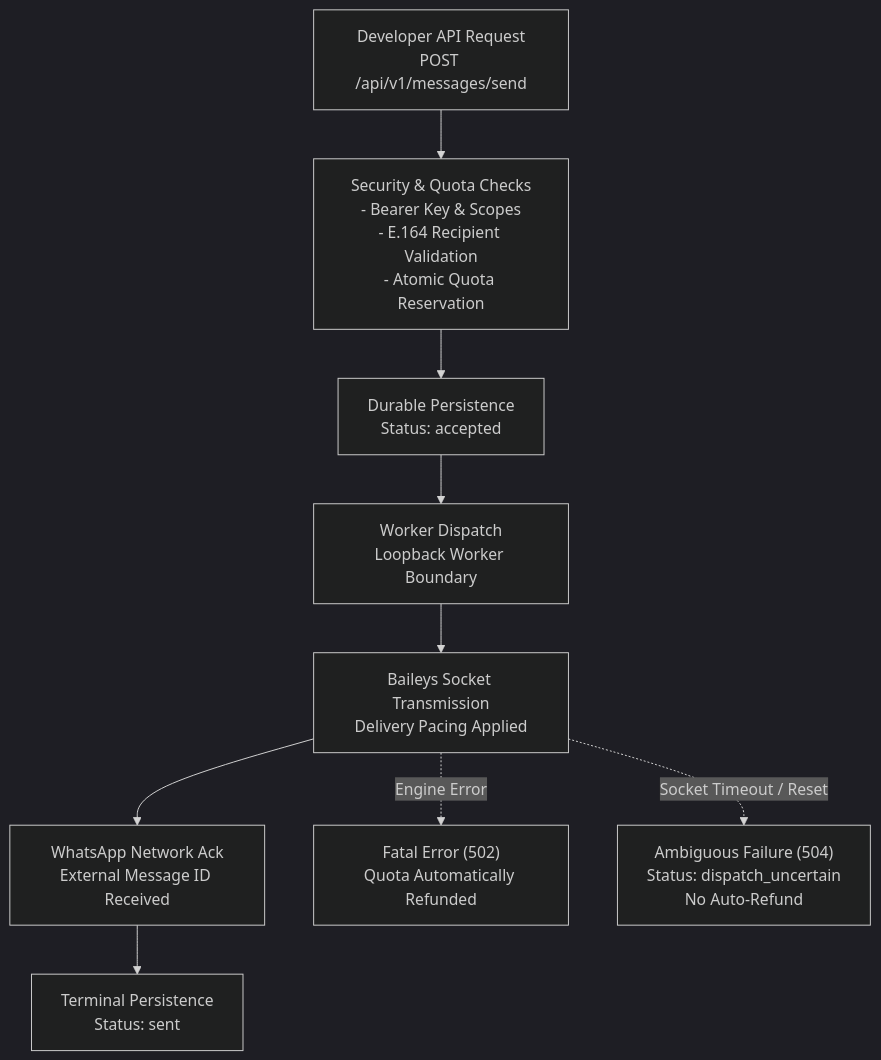
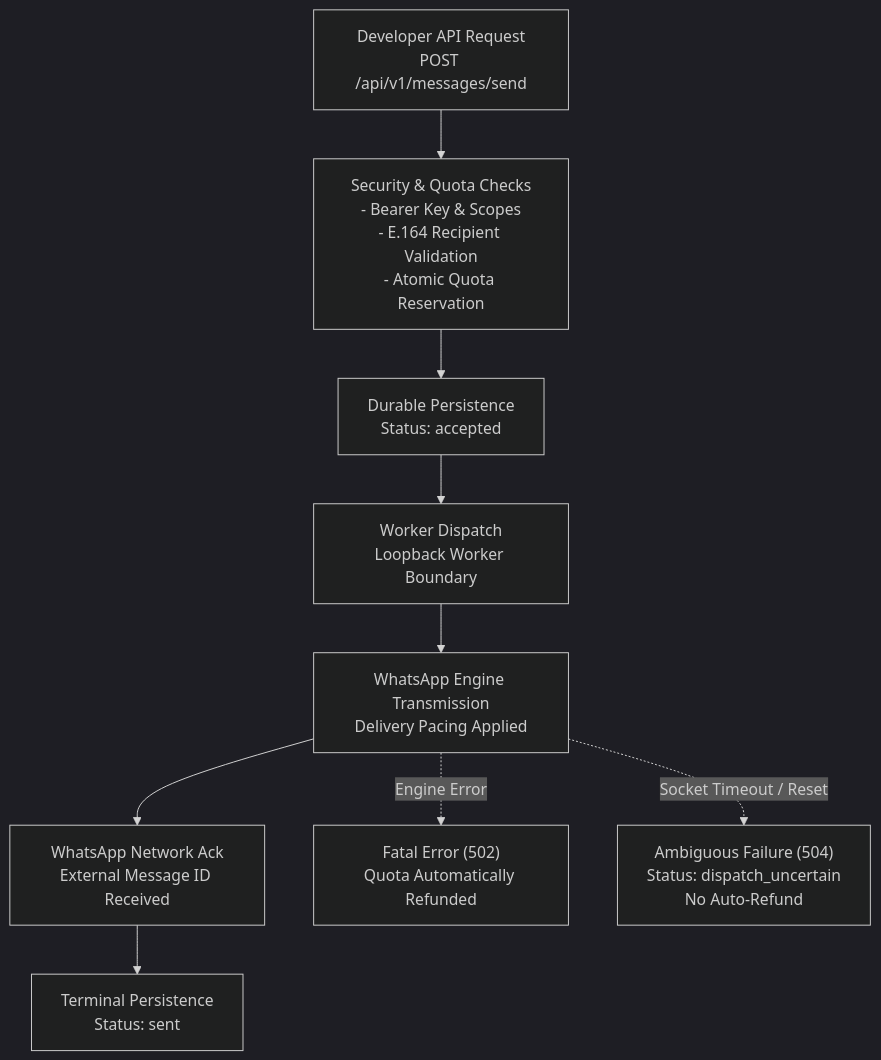
One commit to nyashaa17/wareply-docs changed the diagram in guides/messaging.mdx. Above: the diagram before and after it, drawn with Mermaid (dark theme). The commit also changed 2 other files, not shown here.

Commit message:
docs: refine template compatibility note, primary color, and transmission wording

````diff
--- a/guides/messaging.mdx
+++ b/guides/messaging.mdx
@@ -12,11 +12,11 @@
 ```mermaid
 flowchart TD
     A["Developer API Request\nPOST /api/v1/messages/send"] --> B["Security & Quota Checks\n- Bearer Key & Scopes\n- E.164 Recipient Validation\n- Atomic Quota Reservation"]
     B --> C["Durable Persistence\nStatus: accepted"]
     C --> D["Worker Dispatch\nLoopback Worker Boundary"]
-    D --> E["Baileys Socket Transmission\nDelivery Pacing Applied"]
+    D --> E["WhatsApp Engine Transmission\nDelivery Pacing Applied"]
     E --> F["WhatsApp Network Ack\nExternal Message ID Received"]
     F --> G["Terminal Persistence\nStatus: sent"]
     E -.->|Engine Error| H["Fatal Error (502)\nQuota Automatically Refunded"]
     E -.->|Socket Timeout / Reset| I["Ambiguous Failure (504)\nStatus: dispatch_uncertain\nNo Auto-Refund"]
 ```
````
